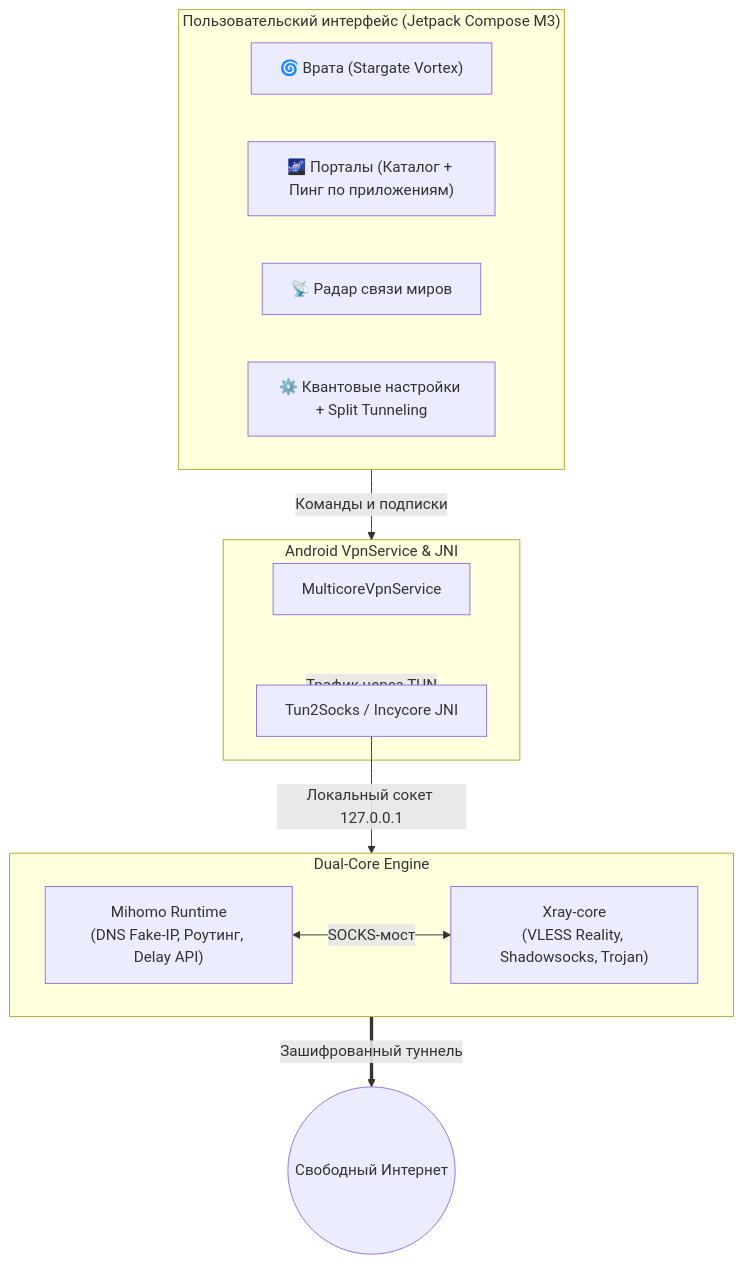
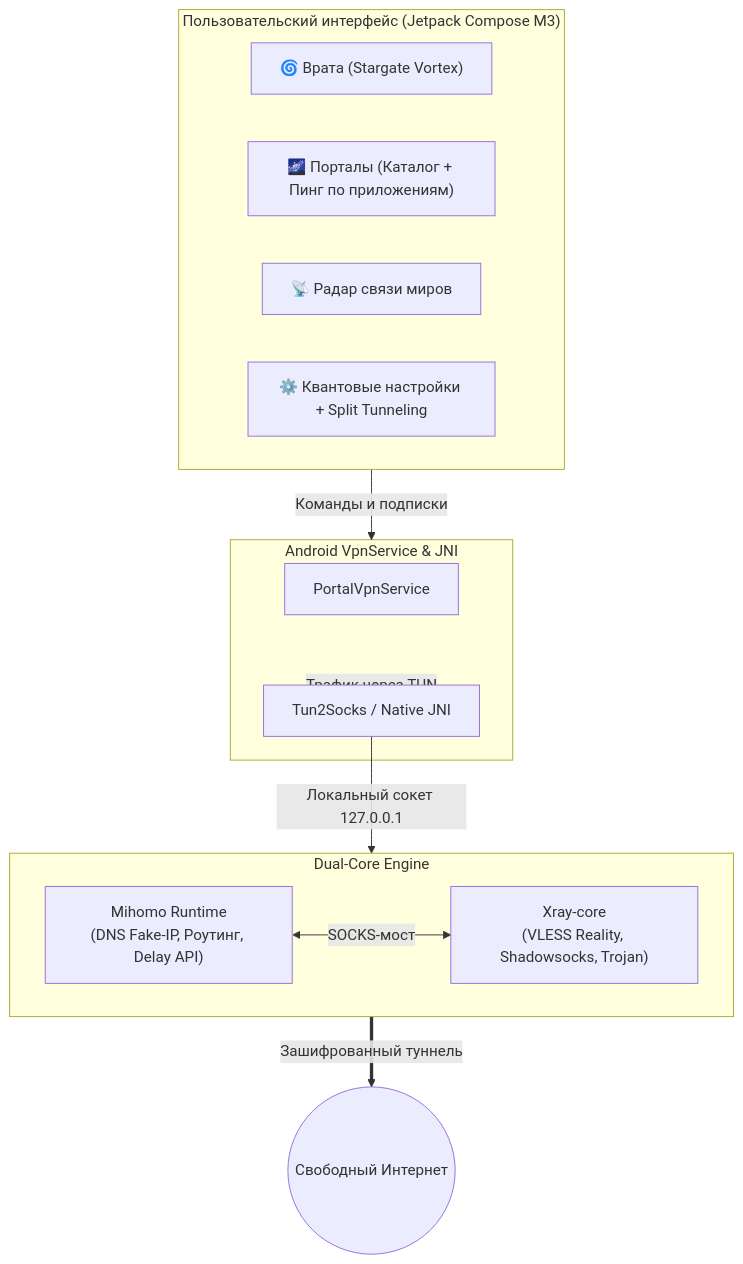
The diagram in README.md (Portal-Connect/portal-vpn), drawn with Mermaid before and after one commit. The commit also changed other lines of this file and 4 other files, not shown here.

Commit message:
docs: add real device UI screenshots and fix architecture diagram

````diff
--- a/README.md
+++ b/README.md
@@ -64,25 +64,25 @@
 ```mermaid
 flowchart TD
     subgraph UI ["Пользовательский интерфейс (Jetpack Compose M3)"]
         Gates["🌀 Врата (Stargate Vortex)"]
         Portals["🌌 Порталы (Каталог + Пинг по приложениям)"]
         Radar["📡 Радар связи миров"]
         Settings["⚙️ Квантовые настройки + Split Tunneling"]
     end
 
     subgraph Core ["Android VpnService & JNI"]
-        VpnSvc["MulticoreVpnService"]
-        TunBridge["Tun2Socks / Incycore JNI"]
+        VpnSvc["PortalVpnService"]
+        TunBridge["Tun2Socks / Native JNI"]
     end
 
     subgraph DualEngine ["Dual-Core Engine"]
         Mihomo["Mihomo Runtime<br/>(DNS Fake-IP, Роутинг, Delay API)"]
         Xray["Xray-core<br/>(VLESS Reality, Shadowsocks, Trojan)"]
     end
 
     UI -->|Команды и подписки| Core
     Core -->|Трафик через TUN| TunBridge
     TunBridge -->|Локальный сокет 127.0.0.1| DualEngine
     Mihomo <-->|SOCKS-мост| Xray
     DualEngine ==>|Зашифрованный туннель| Internet(("Свободный Интернет"))
 ```
````
